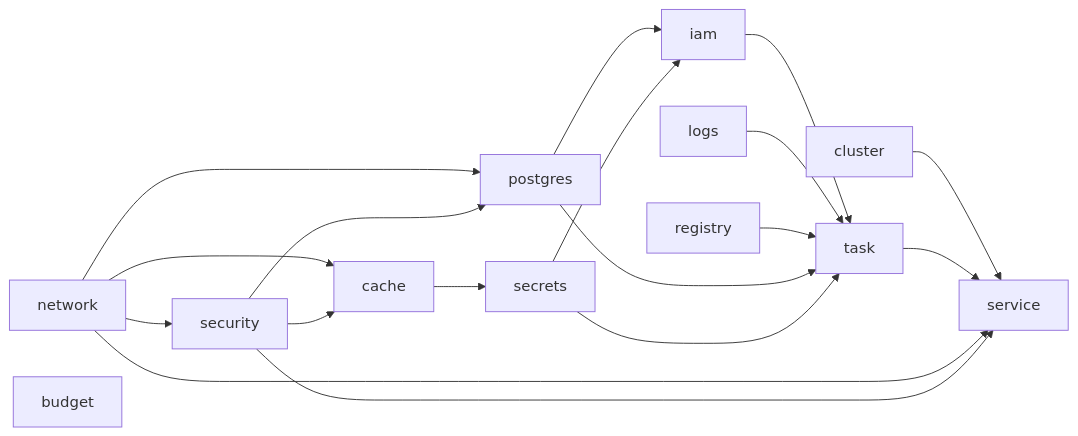
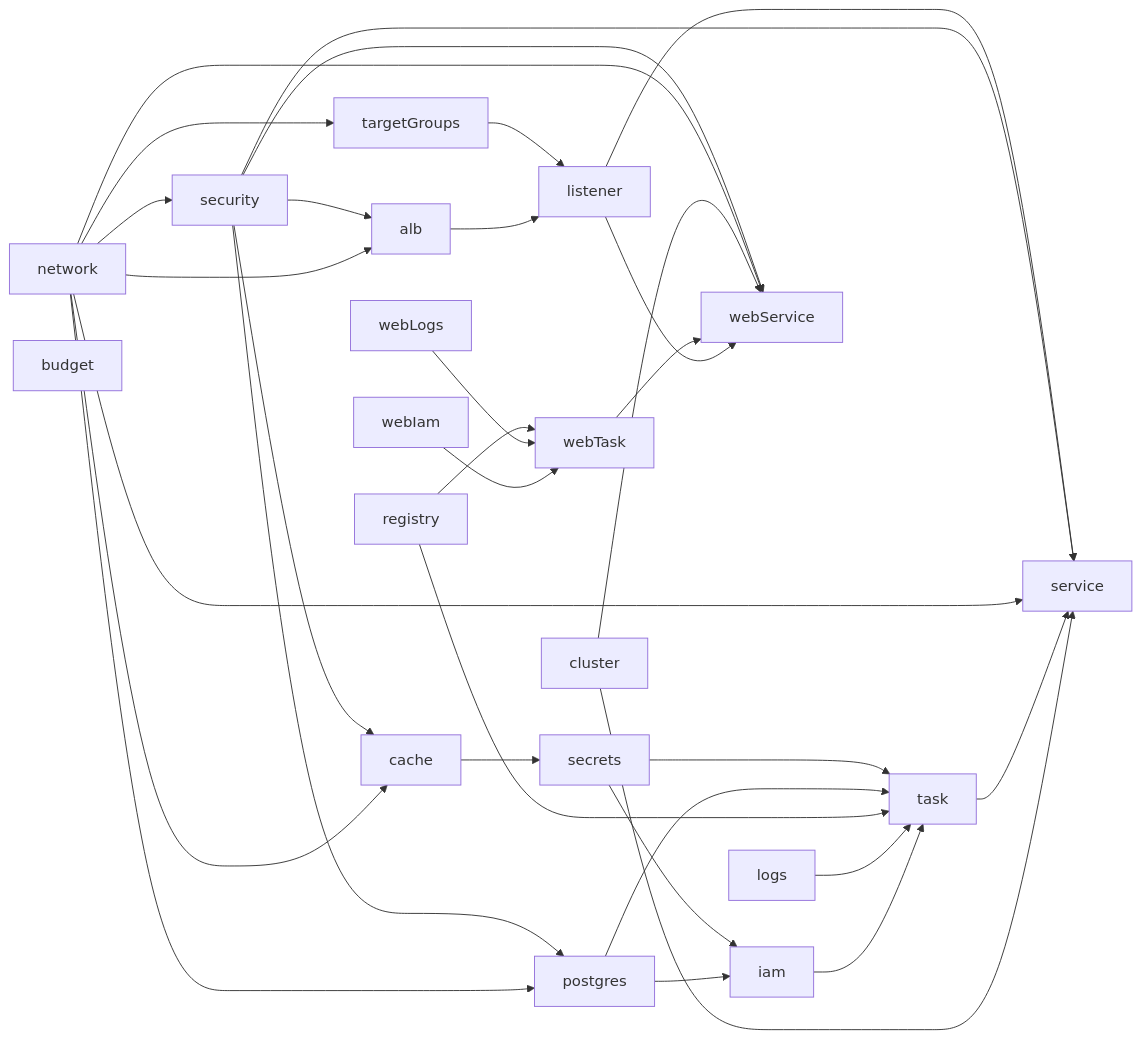
Before and after one commit to maheshnd/minitickets: the third of 3 diagrams in docs/00-architecture.md, drawn with Mermaid. The commit also changed other lines of this file and 14 other files, not shown here.

Commit message:
infra: alb + web service + path routing

````diff
--- a/docs/00-architecture.md
+++ b/docs/00-architecture.md
@@ -80,21 +79,35 @@
 ```mermaid
 flowchart LR
     network --> security
     network --> postgres
     security --> postgres
     network --> cache
     security --> cache
     cache --> secrets
     postgres --> iam
     secrets --> iam
     iam --> task
     logs --> task
     registry --> task
     postgres --> task
     secrets --> task
     cluster --> service
     task --> service
     network --> service
     security --> service
+    network --> alb
+    security --> alb
+    network --> targetGroups
+    alb --> listener
+    targetGroups --> listener
+    listener --> service
+    listener --> webService
+    webIam --> webTask
+    webLogs --> webTask
+    registry --> webTask
+    webTask --> webService
+    cluster --> webService
+    network --> webService
+    security --> webService
     budget
 ```
````
